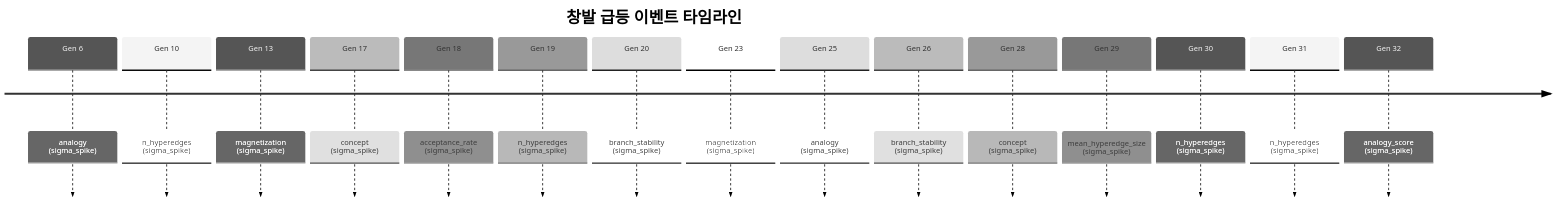
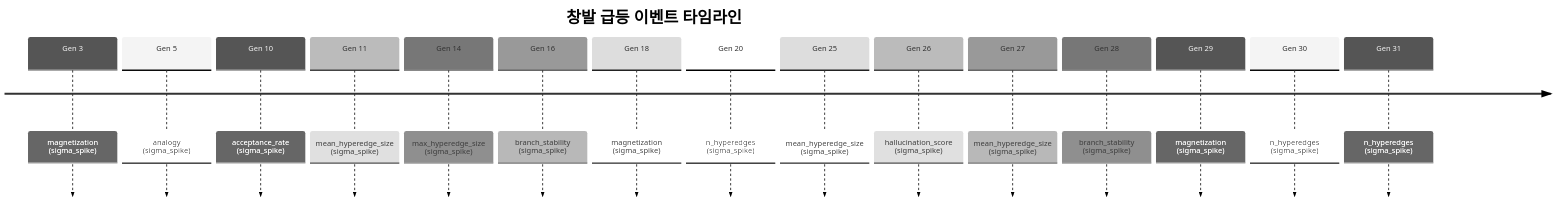
Before and after one commit to need-singularity/test-1: the second of 2 diagrams in README.md, drawn with Mermaid (neutral theme). The commit also changed other lines of this file and 5 other files, not shown here.

````diff
--- a/README.md
+++ b/README.md
@@ -117,19 +117,19 @@
 ```mermaid
 timeline
     title 창발 급등 이벤트 타임라인
-    Gen 6 : analogy (sigma_spike)
-    Gen 10 : n_hyperedges (sigma_spike)
-    Gen 13 : magnetization (sigma_spike)
-    Gen 17 : concept (sigma_spike)
-    Gen 18 : acceptance_rate (sigma_spike)
-    Gen 19 : n_hyperedges (sigma_spike)
-    Gen 20 : branch_stability (sigma_spike)
-    Gen 23 : magnetization (sigma_spike)
-    Gen 25 : analogy (sigma_spike)
-    Gen 26 : branch_stability (sigma_spike)
-    Gen 28 : concept (sigma_spike)
-    Gen 29 : mean_hyperedge_size (sigma_spike)
+    Gen 3 : magnetization (sigma_spike)
+    Gen 5 : analogy (sigma_spike)
+    Gen 10 : acceptance_rate (sigma_spike)
+    Gen 11 : mean_hyperedge_size (sigma_spike)
+    Gen 14 : max_hyperedge_size (sigma_spike)
+    Gen 16 : branch_stability (sigma_spike)
+    Gen 18 : magnetization (sigma_spike)
+    Gen 20 : n_hyperedges (sigma_spike)
+    Gen 25 : mean_hyperedge_size (sigma_spike)
+    Gen 26 : hallucination_score (sigma_spike)
+    Gen 27 : mean_hyperedge_size (sigma_spike)
+    Gen 28 : branch_stability (sigma_spike)
+    Gen 29 : magnetization (sigma_spike)
     Gen 30 : n_hyperedges (sigma_spike)
     Gen 31 : n_hyperedges (sigma_spike)
-    Gen 32 : analogy_score (sigma_spike)
 ```
````
